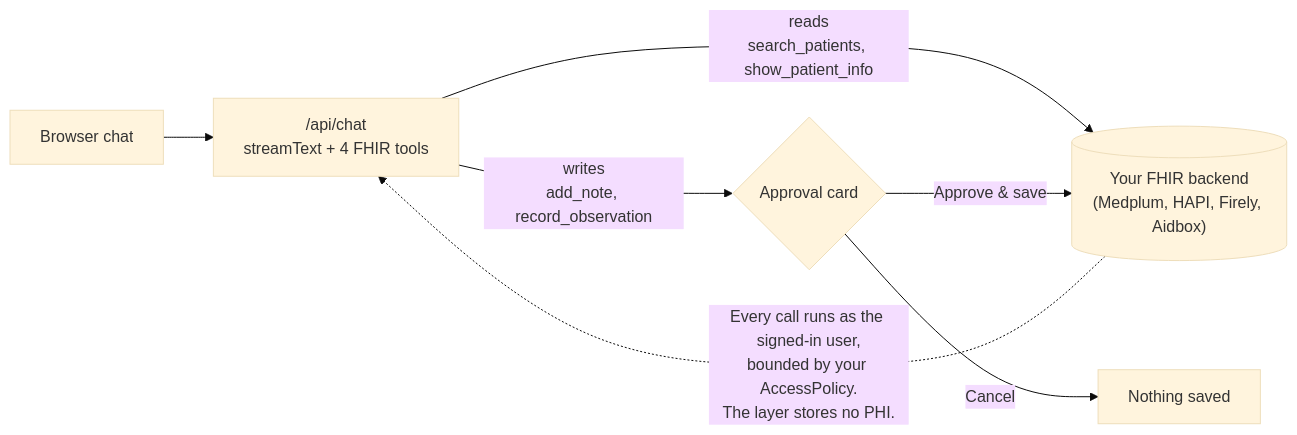
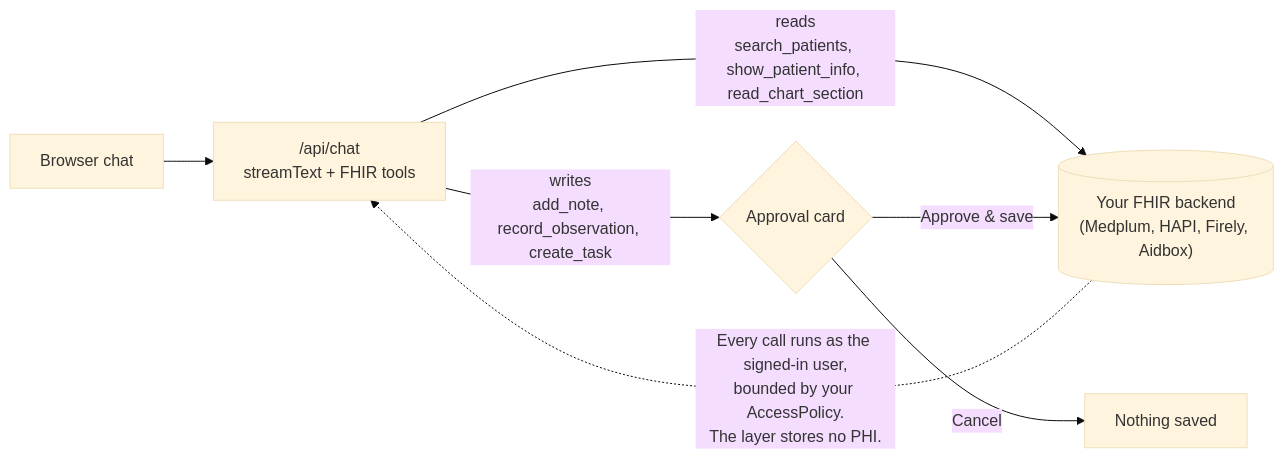
The diagram in README.md (cbetz/last-ehr), drawn with Mermaid (base theme) before and after one commit. The commit also changed 23 other files, not shown here.

First line of the commit message:
feat: create_task — the first new gated write, in both bindings (#136)

````diff
--- a/README.md
+++ b/README.md
@@ -92,9 +92,9 @@
 ```mermaid
 flowchart LR
-    B["Browser chat"] --> A["/api/chat<br/>streamText + 4 FHIR tools"]
-    A -- "reads<br/>search_patients, show_patient_info" --> M[("Your FHIR backend<br/>(Medplum, HAPI, Firely, Aidbox)")]
-    A -- "writes<br/>add_note, record_observation" --> C{"Approval card"}
+    B["Browser chat"] --> A["/api/chat<br/>streamText + FHIR tools"]
+    A -- "reads<br/>search_patients, show_patient_info, read_chart_section" --> M[("Your FHIR backend<br/>(Medplum, HAPI, Firely, Aidbox)")]
+    A -- "writes<br/>add_note, record_observation, create_task" --> C{"Approval card"}
     C -- "Approve & save" --> M
     C -- "Cancel" --> N["Nothing saved"]
     M -. "Every call runs as the signed-in user,<br/>bounded by your AccessPolicy.<br/>The layer stores no PHI." .-> A
 ```
````
